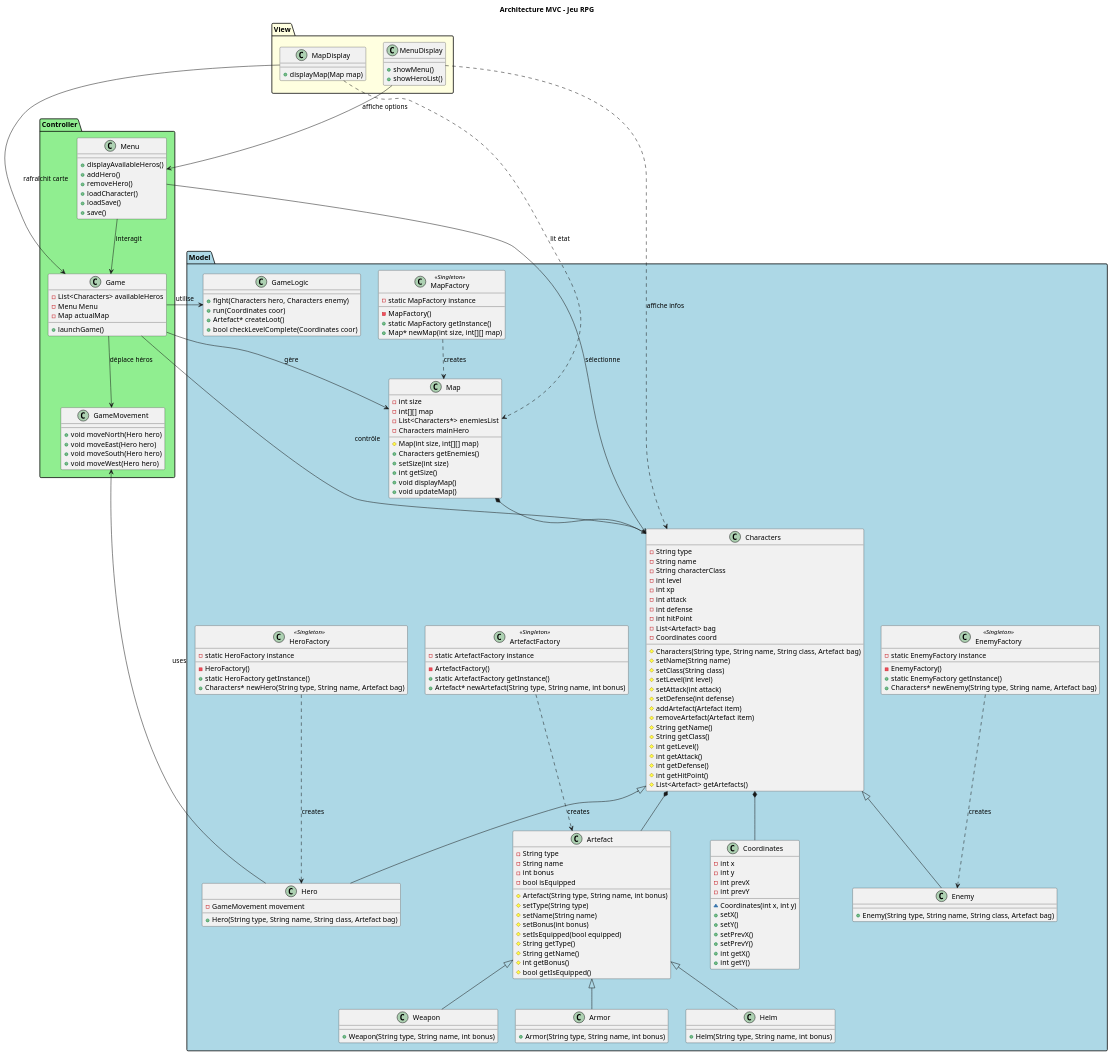
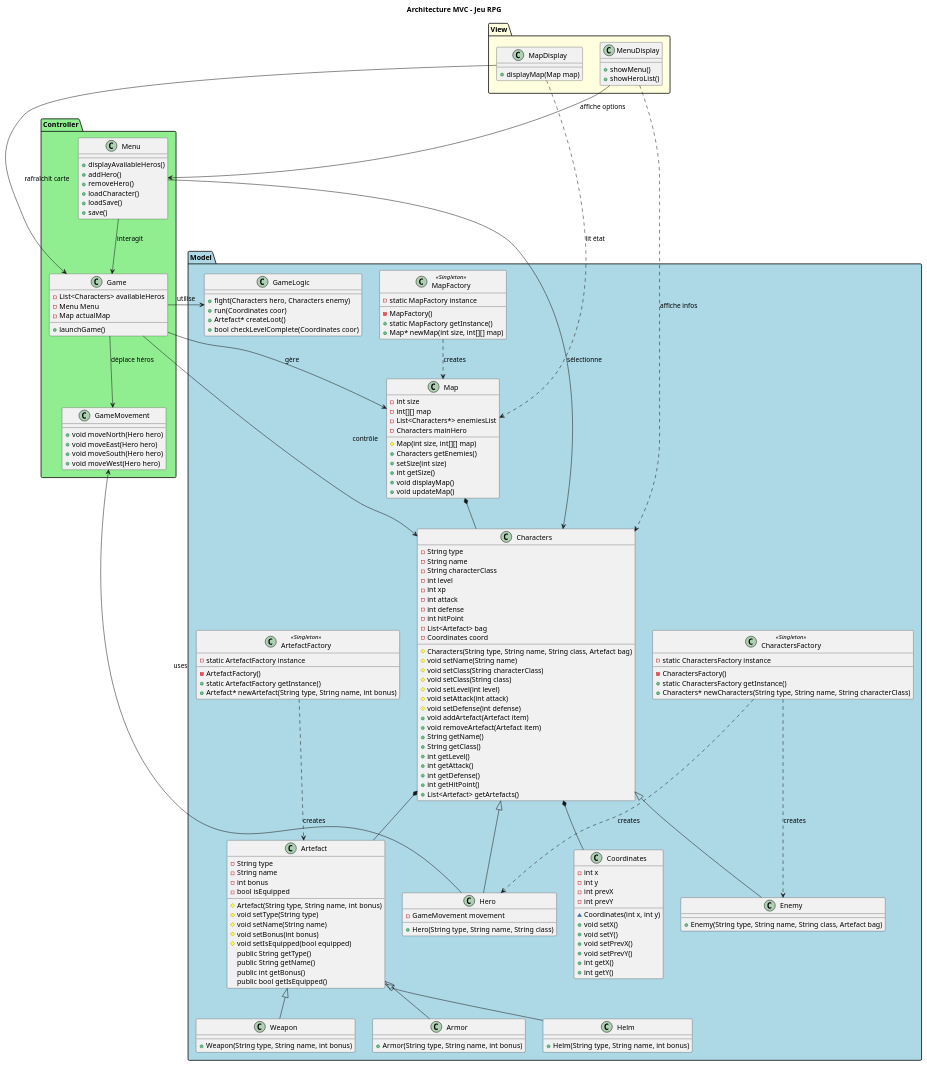
The diagram in swingy/diagrammUML.puml (cypri1-dev/swingy), drawn with PlantUML before and after one commit. The commit also changed 1 other file, not shown here.

Commit message:
[MODIF]: modif UMLdiagramm

```diff
--- a/swingy/diagrammUML.puml
+++ b/swingy/diagrammUML.puml
@@ -18,25 +18,26 @@
     -List<Artefact> bag
     -Coordinates coord
     #Characters(String type, String name, String class, Artefact bag)
-    #setName(String name)
-    #setClass(String class)
-    #setLevel(int level)
-    #setAttack(int attack)
-    #setDefense(int defense)
-    #addArtefact(Artefact item)
-    #removeArtefact(Artefact item)
-    #String getName()
-    #String getClass()
-    #int getLevel()
-    #int getAttack()
-    #int getDefense()
-    #int getHitPoint()
-    #List<Artefact> getArtefacts()
+    #void setName(String name)
+    #void setClass(String characterClass)
+    #void setClass(String class)
+    #void setLevel(int level)
+    #void setAttack(int attack)
+    #void setDefense(int defense)
+    +void addArtefact(Artefact item)
+    +void removeArtefact(Artefact item)
+    +String getName()
+    +String getClass()
+    +int getLevel()
+    +int getAttack()
+    +int getDefense()
+    +int getHitPoint()
+    +List<Artefact> getArtefacts()
   }
 
   class Hero {
     -GameMovement movement
-    +Hero(String type, String name, String class, Artefact bag)
+    +Hero(String type, String name, String class)
   }
 
   class Enemy {
@@ -49,14 +50,14 @@
     -int bonus
     -bool isEquipped
     #Artefact(String type, String name, int bonus)
-    #setType(String type)
-    #setName(String name)
-    #setBonus(int bonus)
-    #setIsEquipped(bool equipped)
-    #String getType()
-    #String getName()
-    #int getBonus()
-    #bool getIsEquipped()
+    #void setType(String type)
+    #void setName(String name)
+    #void setBonus(int bonus)
+    #void setIsEquipped(bool equipped)
+    public String getType()
+    public String getName()
+    public int getBonus()
+    public bool getIsEquipped()
   }
 
   class Weapon {
@@ -77,10 +78,10 @@
     -int prevX
     -int prevY
     ~Coordinates(int x, int y)
-    +setX()
-    +setY()
-    +setPrevX()
-    +setPrevY()
+    +void setX()
+    +void setY()
+    +void setPrevX()
+    +void setPrevY()
     +int getX()
     +int getY()
   }
@@ -105,18 +106,11 @@
     +bool checkLevelComplete(Coordinates coor)
   }
 
-  class HeroFactory <<Singleton>> {
-    -static HeroFactory instance
-    -HeroFactory()
-    +static HeroFactory getInstance()
-    +Characters* newHero(String type, String name, Artefact bag)
-  }
-
-  class EnemyFactory <<Singleton>> {
-    -static EnemyFactory instance
-    -EnemyFactory()
-    +static EnemyFactory getInstance()
-    +Characters* newEnemy(String type, String name, Artefact bag)
+  class CharactersFactory <<Singleton>> {
+    -static CharactersFactory instance
+    -CharactersFactory()
+    +static CharactersFactory getInstance()
+    +Characters* newCharacters(String type, String name, String characterClass)
   }
 
   class ArtefactFactory <<Singleton>> {
@@ -182,8 +176,8 @@
 Artefact <|-- Helm
 Characters *-- Artefact
 Characters *-- Coordinates
-HeroFactory ..> Hero : creates
-EnemyFactory ..> Enemy : creates
+CharactersFactory ..> Hero : creates
+CharactersFactory ..> Enemy : creates
 ArtefactFactory ..> Artefact : creates
 MapFactory ..> Map : creates
 Map *-- Characters
```
